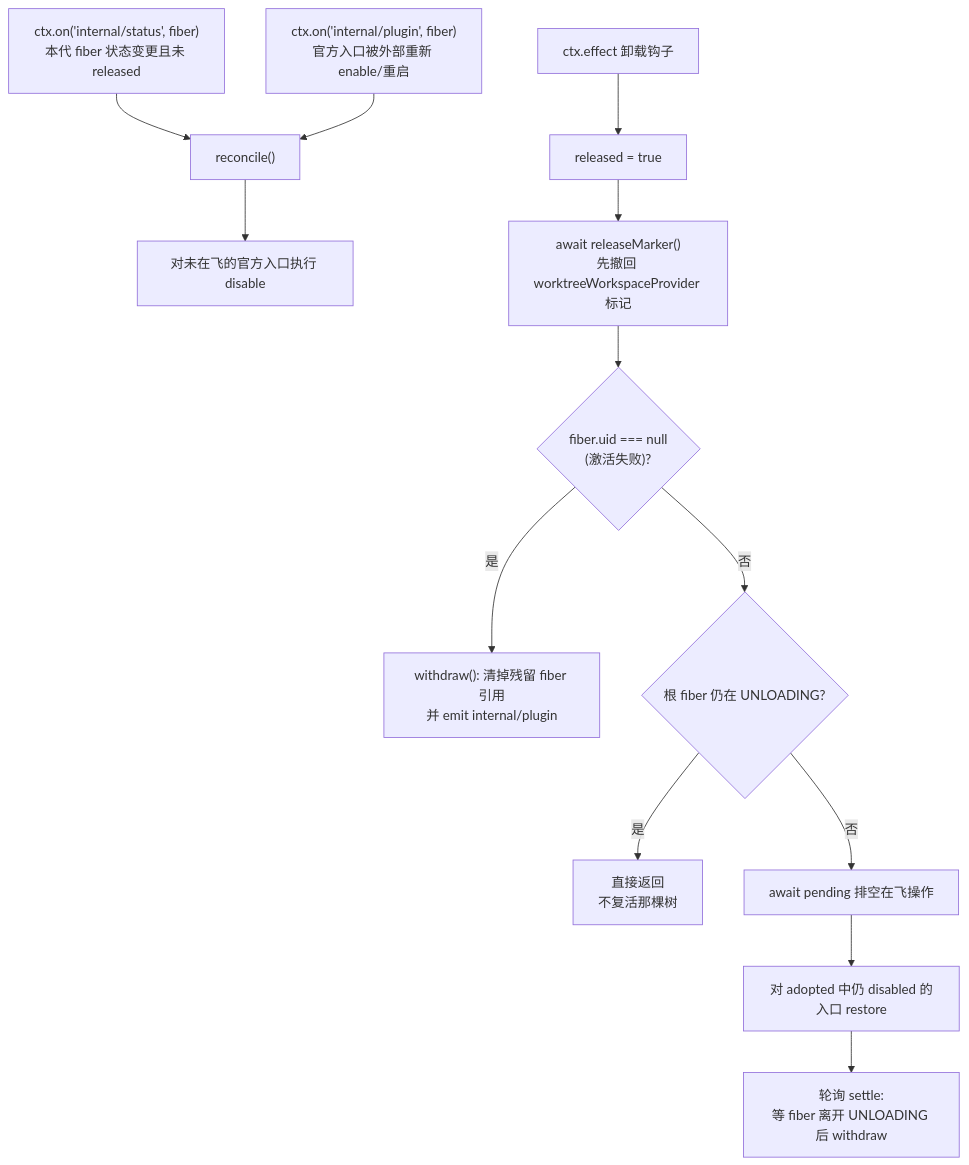
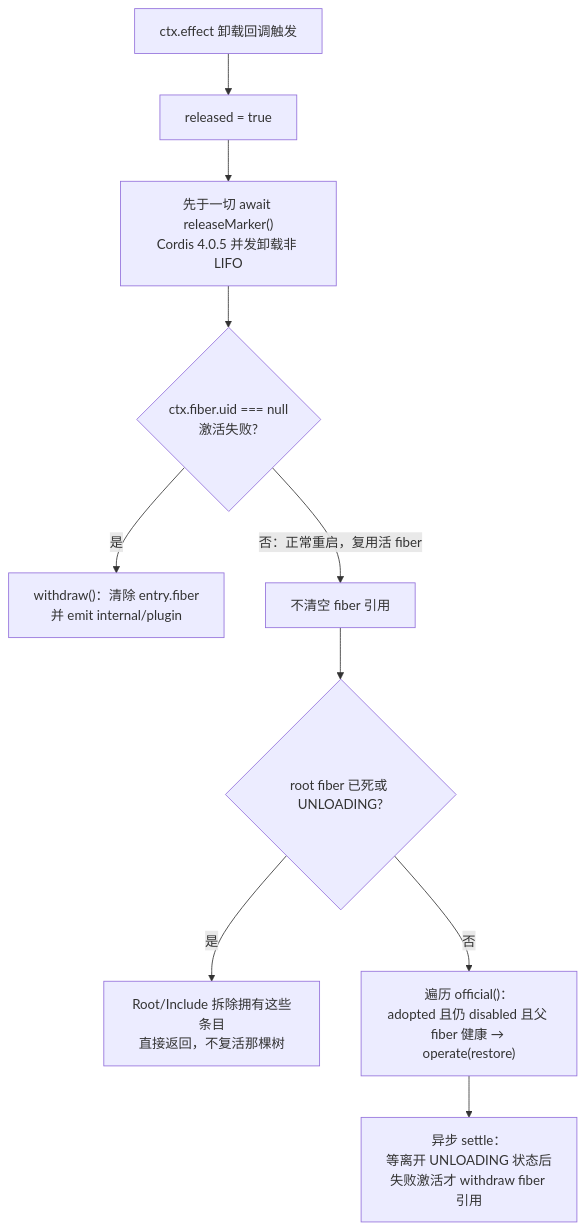
One commit to ikliml666/dsh-git-workspace changed the fifth of 7 diagrams in .codewiki/modules/workspace-provider-lifecycle.md. Above: the diagram before and after it, drawn with Mermaid. The commit also changed other lines of this file and 50 other files, not shown here.

````diff
--- a/.codewiki/modules/workspace-provider-lifecycle.md
+++ b/.codewiki/modules/workspace-provider-lifecycle.md
@@ -122,16 +148,12 @@
 ```mermaid
-flowchart TD
-    E1["ctx.on('internal/status', fiber)<br/>本代 fiber 状态变更且未 released"] --> RC["reconcile()"]
-    E2["ctx.on('internal/plugin', fiber)<br/>官方入口被外部重新 enable/重启"] --> RC
-    RC --> OP["对未在飞的官方入口执行 disable"]
-
-    F["ctx.effect 卸载钩子"] --> R1["released = true"]
-    R1 --> R2["await releaseMarker()<br/>先撤回 worktreeWorkspaceProvider 标记"]
-    R2 --> R3{"fiber.uid === null<br/>(激活失败)?"}
-    R3 -- 是 --> R4["withdraw(): 清掉残留 fiber 引用<br/>并 emit internal/plugin"]
-    R3 -- 否 --> R5{"根 fiber 仍在 UNLOADING?"}
-    R5 -- 是 --> R6["直接返回<br/>不复活那棵树"]
-    R5 -- 否 --> R7["await pending 排空在飞操作"]
-    R7 --> R8["对 adopted 中仍 disabled 的入口 restore"]
-    R8 --> R9["轮询 settle:<br/>等 fiber 离开 UNLOADING 后 withdraw"]
+flowchart TB
+    Unload["ctx.effect 卸载回调触发"] --> Mark["released = true"]
+    Mark --> WithdrawMarker["先于一切 await releaseMarker()<br/>Cordis 4.0.5 并发卸载非 LIFO"]
+    WithdrawMarker --> Failed{"ctx.fiber.uid === null<br/>激活失败?"}
+    Failed -->|"是"| WithdrawFiber["withdraw()：清除 entry.fiber<br/>并 emit internal/plugin"]
+    Failed -->|"否：正常重启，复用活 fiber"| Keep["不清空 fiber 引用"]
+    Keep --> RootCheck{"root fiber 已死或 UNLOADING?"}
+    RootCheck -->|"是"| Skip["Root/Include 拆除拥有这些条目<br/>直接返回，不复活那棵树"]
+    RootCheck -->|"否"| RestoreLoop["遍历 official()：<br/>adopted 且仍 disabled 且父 fiber 健康 → operate(restore)"]
+    RestoreLoop --> Settle["异步 settle：<br/>等离开 UNLOADING 状态后<br/>失败激活才 withdraw fiber 引用"]
 ```
````
